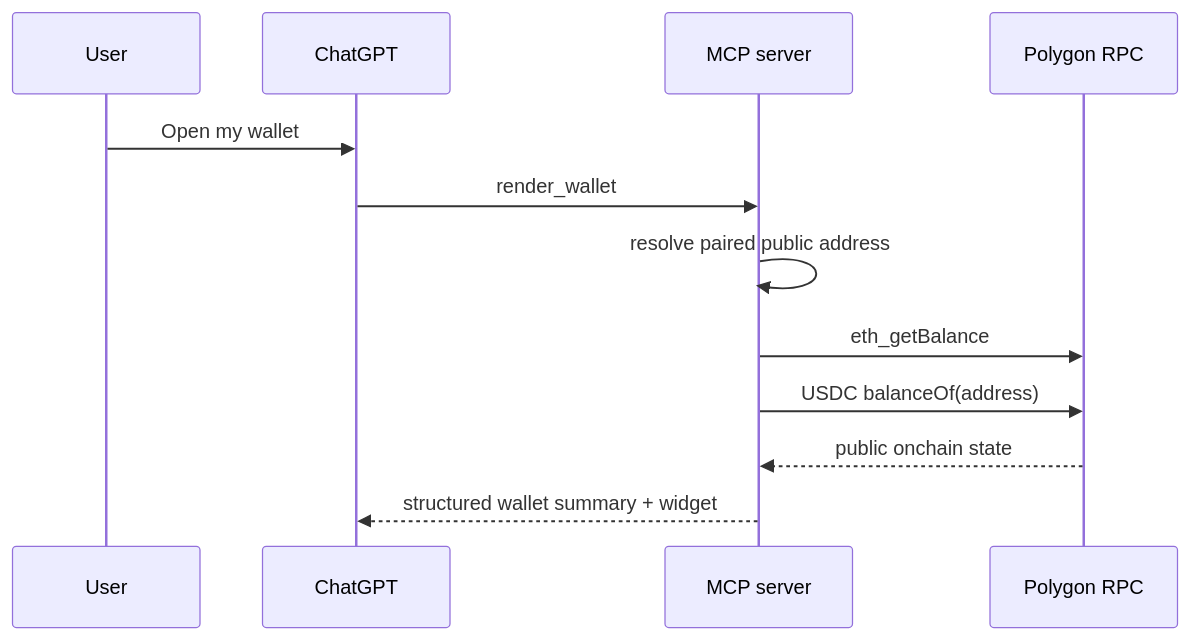
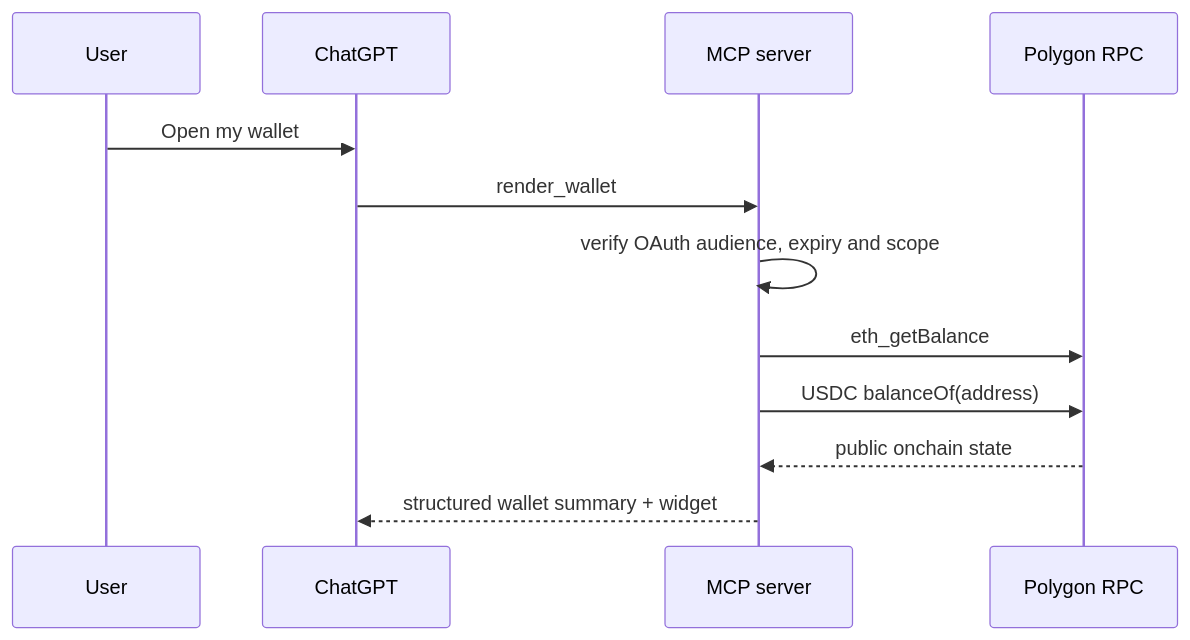
The second of 2 diagrams in docs/ARCHITECTURE.md (coinsecuritiescompany/GPT-wallet-AiFinPay), drawn with Mermaid before and after one commit. The commit also changed other lines of this file and 30 other files, not shown here.

````diff
--- a/docs/ARCHITECTURE.md
+++ b/docs/ARCHITECTURE.md
@@ -30,14 +30,14 @@
 ```mermaid
 sequenceDiagram
     participant U as User
     participant C as ChatGPT
     participant M as MCP server
     participant R as Polygon RPC
     U->>C: Open my wallet
     C->>M: render_wallet
-    M->>M: resolve paired public address
+    M->>M: verify OAuth audience, expiry and scope
     M->>R: eth_getBalance
     M->>R: USDC balanceOf(address)
     R-->>M: public onchain state
     M-->>C: structured wallet summary + widget
 ```
````
